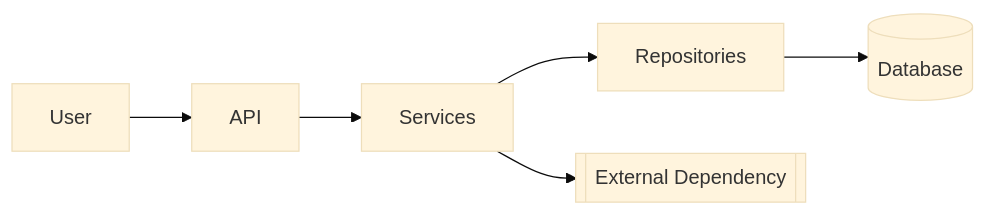
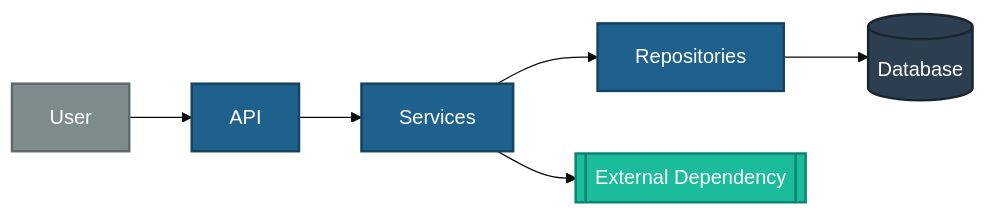
The first of 2 diagrams in skills/architect/templates/aspnet-mvc/architecture.md (vickysrawat/AI-Assisted-development), drawn with Mermaid (base theme) before and after one commit. The commit also changed other lines of this file and 114 other files, not shown here.

````diff
--- a/skills/architect/templates/aspnet-mvc/architecture.md
+++ b/skills/architect/templates/aspnet-mvc/architecture.md
@@ -23,8 +25,14 @@
 ```mermaid
 flowchart LR
     User --> API[API]
     API --> Svc[Services]
     Svc --> Repo[Repositories]
     Repo --> DB[(Database)]
     Svc --> Ext[[External Dependency]]
+    style User fill:#7F8C8D,color:#ffffff,stroke:#616A6B,stroke-width:2px
+    style API fill:#1F618D,color:#ffffff,stroke:#154360,stroke-width:2px
+    style Svc fill:#1F618D,color:#ffffff,stroke:#154360,stroke-width:2px
+    style Repo fill:#1F618D,color:#ffffff,stroke:#154360,stroke-width:2px
+    style DB fill:#2C3E50,color:#ffffff,stroke:#1a252f,stroke-width:2px
+    style Ext fill:#1ABC9C,color:#ffffff,stroke:#0E8472,stroke-width:2px
 ```
````
